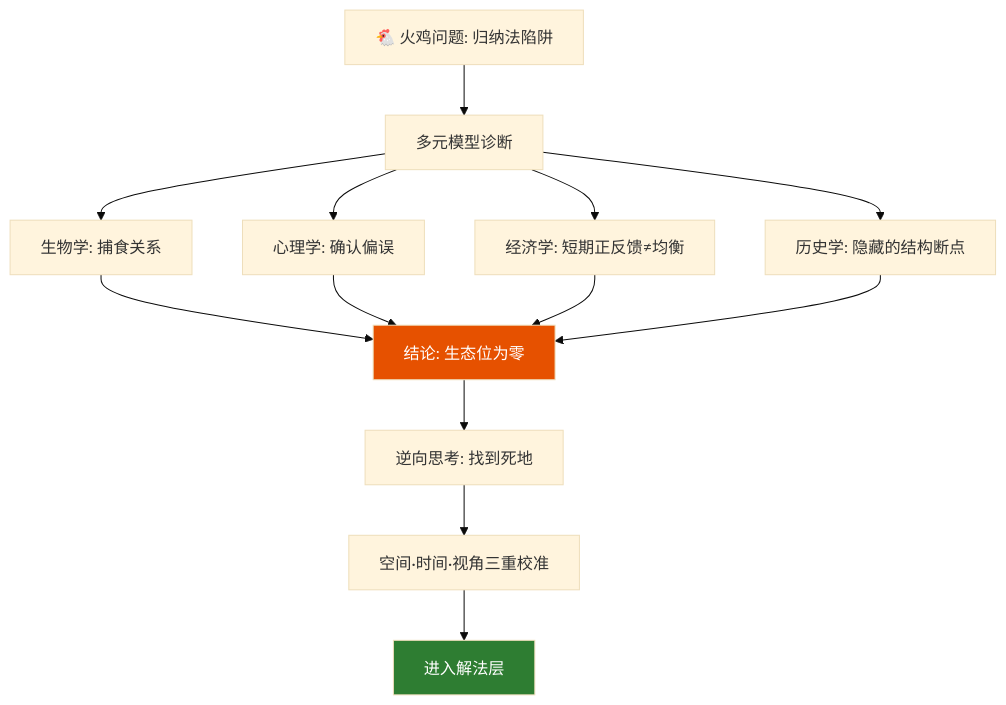
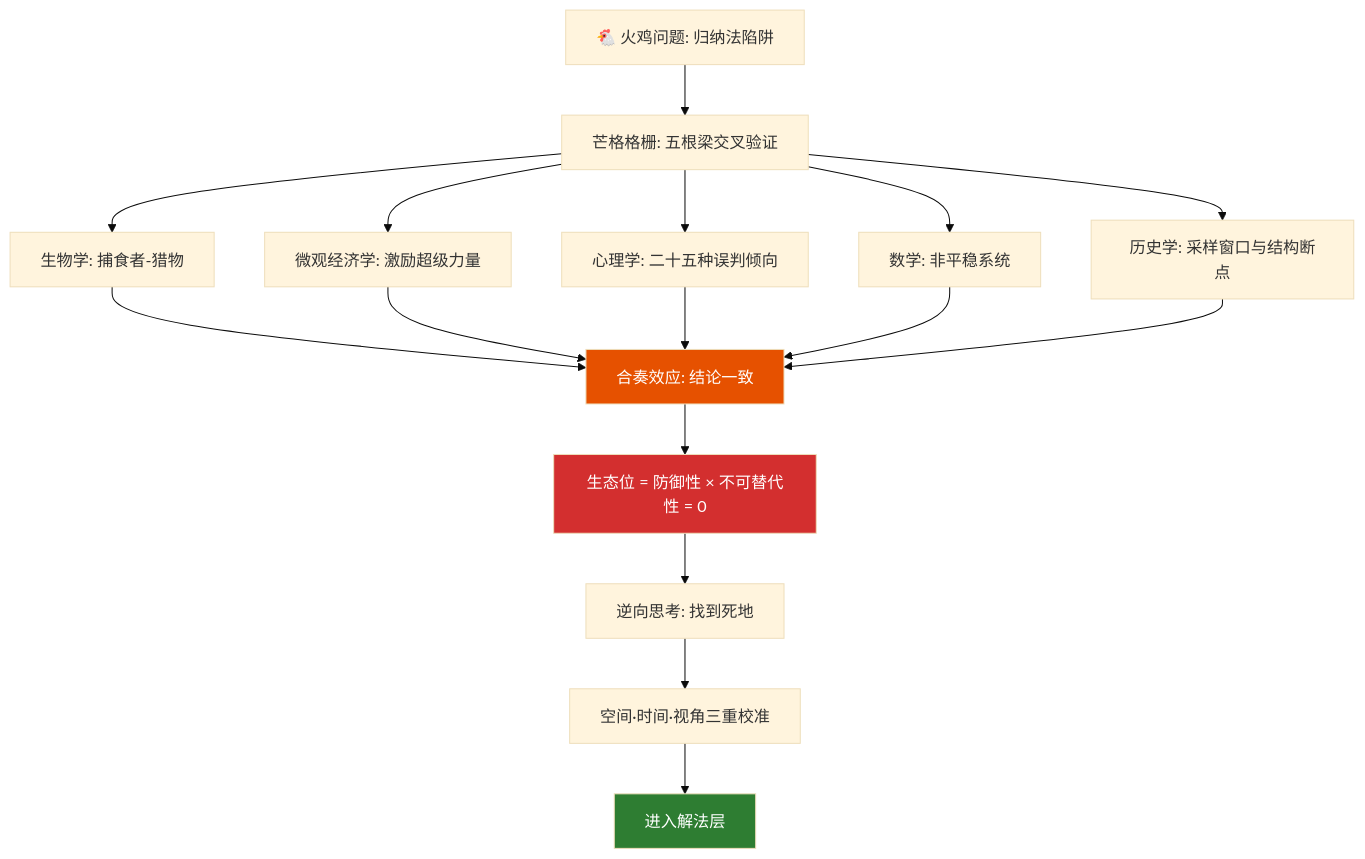
Before and after one commit to pengjizhang/pengjizhang.github.io: the seventh of 9 diagrams in fire-turkey.md, drawn with Mermaid (base theme). The commit also changed other lines of this file, not shown here.

````diff
--- a/fire-turkey.md
+++ b/fire-turkey.md
@@ -305,15 +318,18 @@
 ```mermaid
 flowchart TD
     Problem[🐔 火鸡问题: 归纳法陷阱]
-    Problem --> Diagnose[多元模型诊断]
-    Diagnose --> Bio[生物学: 捕食关系]
-    Diagnose --> Psych[心理学: 确认偏误]
-    Diagnose --> Econ[经济学: 短期正反馈≠均衡]
-    Diagnose --> Hist[历史学: 隐藏的结构断点]
-    Bio & Psych & Econ & Hist --> Conclusion[结论: 生态位为零]
+    Problem --> Diagnose[芒格格栅: 五根梁交叉验证]
+    Diagnose --> Bio[生物学: 捕食者-猎物]
+    Diagnose --> Econ[微观经济学: 激励超级力量]
+    Diagnose --> Psych[心理学: 二十五种误判倾向]
+    Diagnose --> Math[数学: 非平稳系统]
+    Diagnose --> Hist[历史学: 采样窗口与结构断点]
+    Bio & Econ & Psych & Math & Hist --> Lolla[合奏效应: 结论一致]
+    Lolla --> Conclusion[生态位 = 防御性 × 不可替代性 = 0]
     Conclusion --> Reverse[逆向思考: 找到死地]
     Reverse --> SpaceTime[空间·时间·视角三重校准]
     SpaceTime --> Action[进入解法层]
-    style Conclusion fill:#e65100,color:#fff
+    style Lolla fill:#e65100,color:#fff
+    style Conclusion fill:#d32f2f,color:#fff
     style Action fill:#2e7d32,color:#fff
 ```
````
